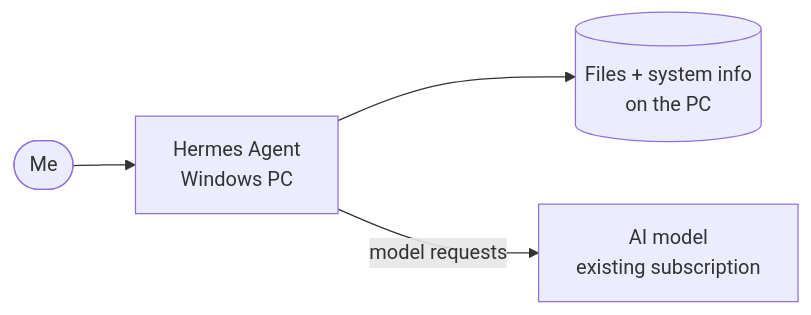
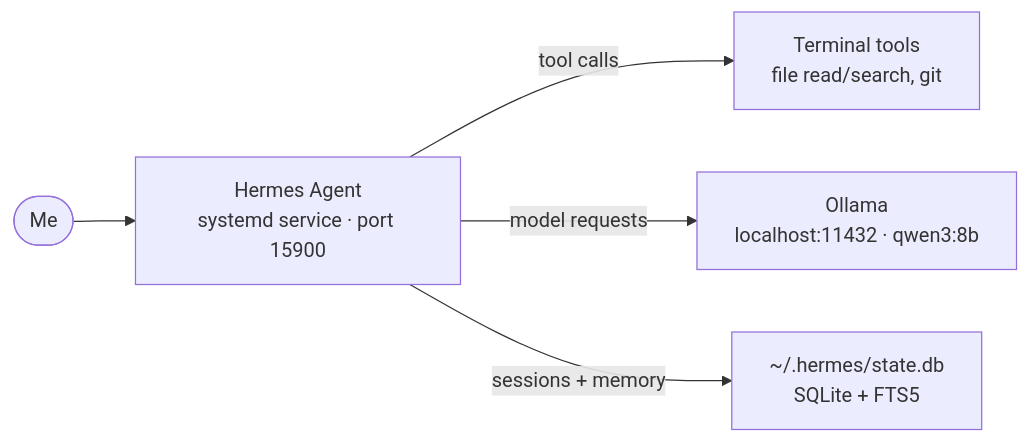
One commit to Shineori/homelab changed the diagram in docs/services/hermes-agent.md. Above: the diagram before and after it, drawn with Mermaid. The commit also changed other lines of this file and 3 other files, not shown here.

Commit message:
Hermes Agent on ShineoriServer: full setup docs and stack README

````diff
--- a/docs/services/hermes-agent.md
+++ b/docs/services/hermes-agent.md
@@ -20,6 +20,7 @@
 ```mermaid
 flowchart LR
-    me([Me]) --> agent[Hermes Agent<br/>Windows PC]
-    agent --> files[(Files + system info<br/>on the PC)]
-    agent -- model requests --> llm[AI model<br/>existing subscription]
+    me([Me]) --> ha[Hermes Agent<br/>systemd service · port 15900]
+    ha -- tool calls --> local[Terminal tools<br/>file read/search, git]
+    ha -- model requests --> ollama[Ollama<br/>localhost:11432 · qwen3:8b]
+    ha -- sessions + memory --> db[~/.hermes/state.db<br/>SQLite + FTS5]
 ```
````
